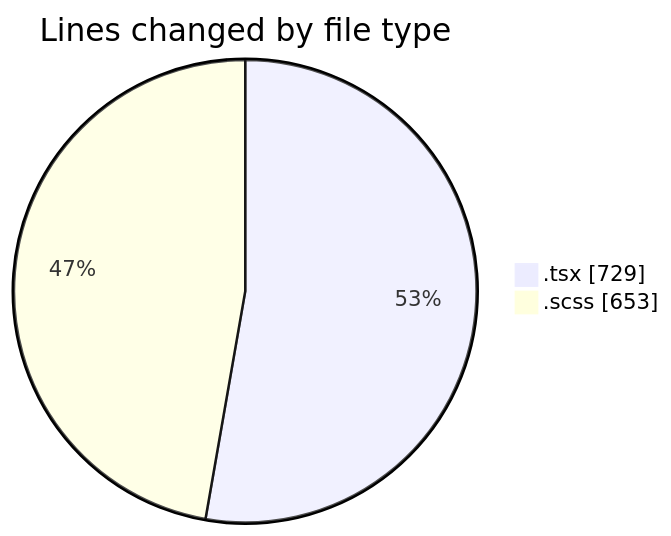
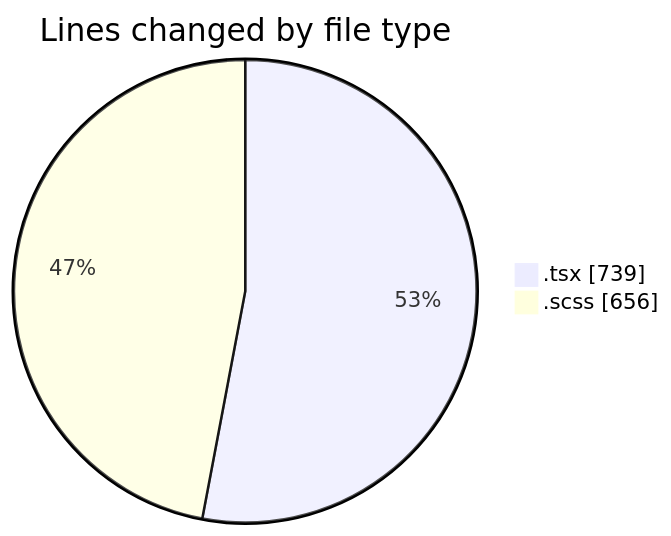
Before and after one commit to momahboobian/code-tracking: the first of 2 diagrams in 2025-10-06/cda/README.md, drawn with Mermaid. The commit also changed other lines of this file and 1 other file, not shown here.

````diff
--- a/2025-10-06/cda/README.md
+++ b/2025-10-06/cda/README.md
@@ -24,6 +24,6 @@
 ```mermaid
 pie showData
 title Lines changed by file type
-".tsx" : 729
-".scss" : 653
+".tsx" : 739
+".scss" : 656
 ```
````
